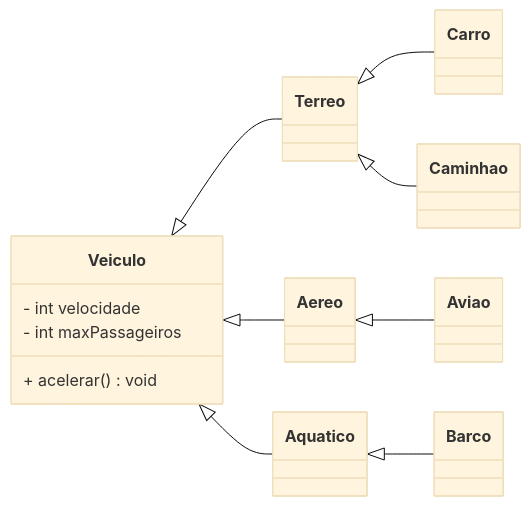
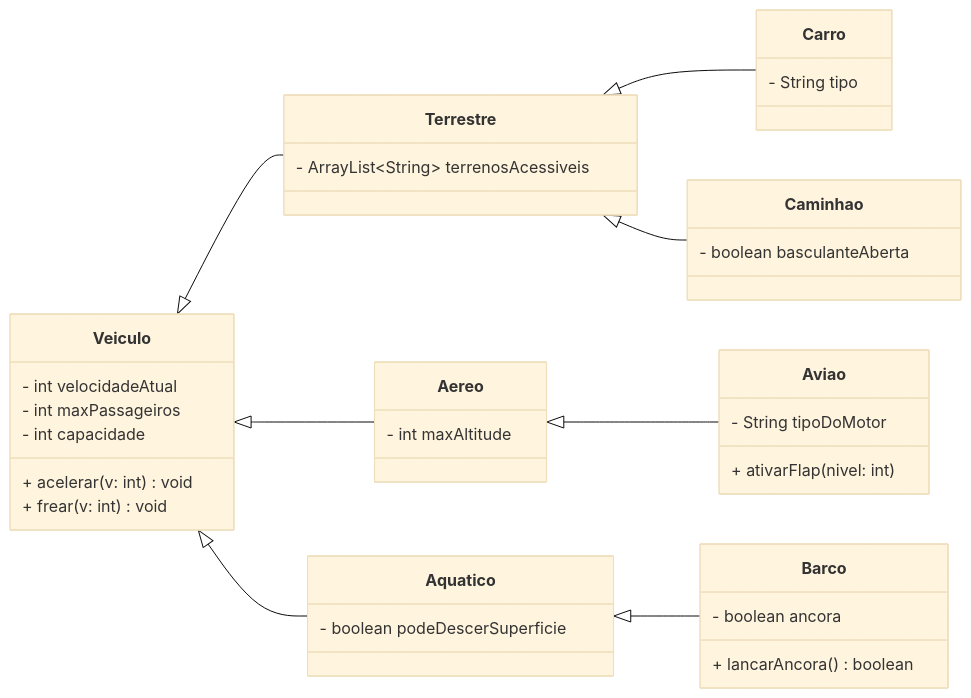
Before and after one commit to angeloyuna/ADS-POO7862-2026-2: the third of 3 diagrams in aulas/2026-10-20/Readme.md, drawn with Mermaid (base theme). The commit also changed 18 other files, not shown here.

````diff
--- a/aulas/2026-10-20/Readme.md
+++ b/aulas/2026-10-20/Readme.md
@@ -76,42 +76,54 @@
 ```mermaid
 classDiagram
     direction LR
 
     class Veiculo {
-        - int velocidade
+        - int velocidadeAtual
         - int maxPassageiros
-        + acelerar() void 
+        - int capacidade
+        + acelerar(v: int) void
+        + frear(v: int) void 
     }
 
-    class Terreo {
+    class Terrestre {
+        - ArrayList~String~ terrenosAcessiveis
+    }
 
+    class Carro {
+        - String tipo
+    }
+
+    class Caminhao {
+        - boolean basculanteAberta
     }
 
     class Aereo {
-
+        - int maxAltitude
     }
 
     class Aquatico {
-
+        - boolean podeDescerSuperficie
     }
 
     class Aviao {
-
+        - String tipoDoMotor
+        + ativarFlap(nivel: int)
     }
 
     class Barco {
-
+        - boolean ancora
+        + lancarAncora() boolean
     }
 
-    Veiculo <|-- Terreo
+    Veiculo <|-- Terrestre
     Veiculo <|-- Aereo
     Veiculo <|-- Aquatico
 
-    Terreo <|-- Carro
-    Terreo <|-- Caminhao
+    Terrestre <|-- Carro
+    Terrestre <|-- Caminhao
 
     Aereo <|-- Aviao
 
     Aquatico <|-- Barco
 
 ```
````
